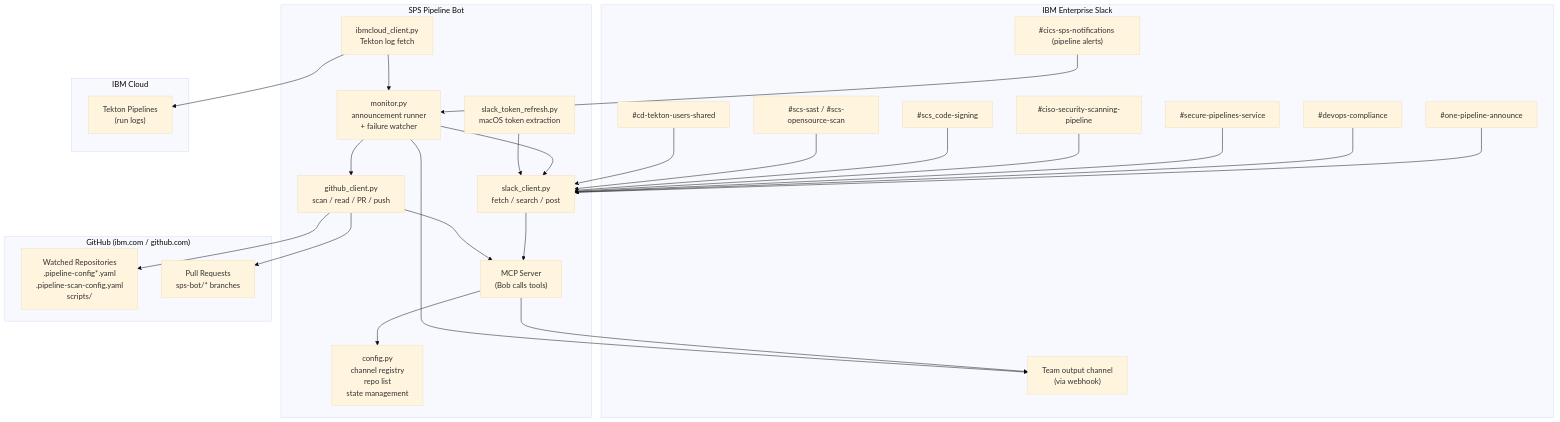
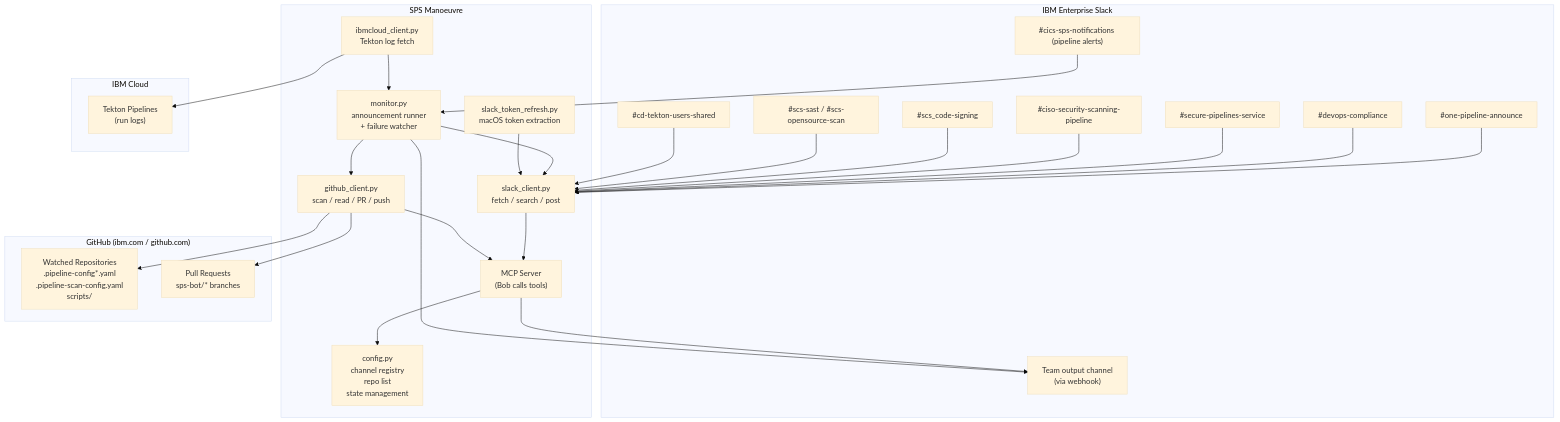
The diagram in docs/POC_AND_FEATURES.md (nushpush/sps-manoeuvre), drawn with Mermaid (base theme) before and after one commit. The commit also changed other lines of this file and 27 other files, not shown here.

````diff
--- a/docs/POC_AND_FEATURES.md
+++ b/docs/POC_AND_FEATURES.md
@@ -103,49 +103,49 @@
 ```mermaid
 flowchart TD
     subgraph Slack["IBM Enterprise Slack"]
         A1["#one-pipeline-announce"]
         A2["#devops-compliance"]
         A3["#secure-pipelines-service"]
         A4["#ciso-security-scanning-pipeline"]
         T1["#scs_code-signing"]
         T2["#scs-sast / #scs-opensource-scan"]
         T3["#cd-tekton-users-shared"]
         N["#cics-sps-notifications (pipeline alerts)"]
         OUT["Team output channel\n(via webhook)"]
     end
 
-    subgraph Bot["SPS Pipeline Bot"]
+    subgraph Bot["SPS Manoeuvre"]
         MCP["MCP Server\n(Bob calls tools)"]
         CL["slack_client.py\nfetch / search / post"]
         GH["github_client.py\nscan / read / PR / push"]
         IBM["ibmcloud_client.py\nTekton log fetch"]
         MON["monitor.py\nannouncement runner\n+ failure watcher"]
         CFG["config.py\nchannel registry\nrepo list\nstate management"]
         TKN["slack_token_refresh.py\nmacOS token extraction"]
     end
 
     subgraph GitHub["GitHub (ibm.com / github.com)"]
         REPO["Watched Repositories\n.pipeline-config*.yaml\n.pipeline-scan-config.yaml\nscripts/"]
         PR["Pull Requests\nsps-bot/* branches"]
     end
 
     subgraph IBMCloud["IBM Cloud"]
         TEK["Tekton Pipelines\n(run logs)"]
     end
 
     A1 & A2 & A3 & A4 --> CL
     T1 & T2 & T3 --> CL
     N --> MON
     CL --> MCP
     GH --> MCP
     IBM --> MON
     MON --> CL
     MON --> GH
     MCP --> CFG
     TKN --> CL
     GH --> REPO
     GH --> PR
     IBM --> TEK
     MCP --> OUT
     MON --> OUT
 ```
````
